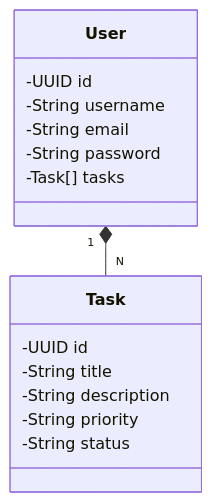
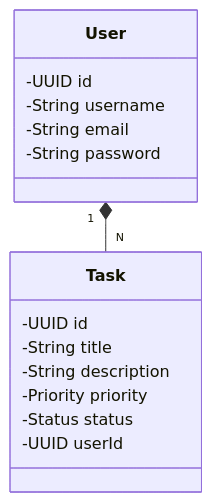
One commit to dgomesdev/to_do_list_api changed the diagram in README.md. Above: the diagram before and after it, drawn with Mermaid. The commit also changed other lines of this file, not shown here.

````diff
--- a/README.md
+++ b/README.md
@@ -5,20 +9,20 @@
 ```mermaid
 classDiagram
     class User {
         -UUID id
         -String username
         -String email
         -String password
-        -Task[] tasks
     }
     
     class Task {
         -UUID id
         -String title
         -String description
-        -String priority
-        -String status
+        -Priority priority
+        -Status status
+        -UUID userId
     }
 
     User "1" *-- "N" Task
 ```
````
